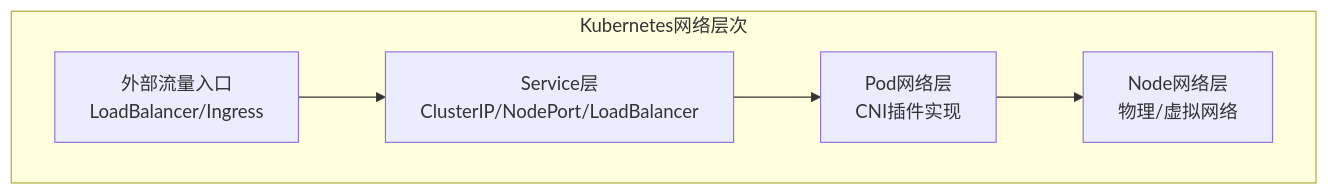
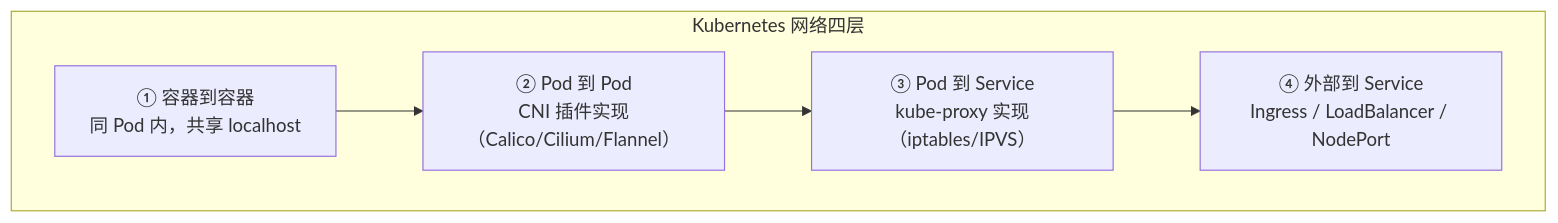
Before and after one commit to jpixy/jpixy.github.io: the first of 2 diagrams in content/articles/cloud-native/k8s-03-服务发现与网络.md, drawn with Mermaid. The commit also changed other lines of this file and 10 other files, not shown here.

````diff
--- a/content/articles/cloud-native/k8s-03-服务发现与网络.md
+++ b/content/articles/cloud-native/k8s-03-服务发现与网络.md
@@ -26,11 +30,11 @@
 ```mermaid
 graph TB
-    subgraph Kubernetes网络层次
-        External[外部流量入口<br/>LoadBalancer/Ingress]
-        Service[Service层<br/>ClusterIP/NodePort/LoadBalancer]
-        Pod[Pod网络层<br/>CNI插件实现]
-        Node[Node网络层<br/>物理/虚拟网络]
-        
-        External --> Service --> Pod --> Node
+    subgraph "Kubernetes 网络四层"
+        L1["① 容器到容器<br>同 Pod 内，共享 localhost"]
+        L2["② Pod 到 Pod<br>CNI 插件实现（Calico/Cilium/Flannel）"]
+        L3["③ Pod 到 Service<br>kube-proxy 实现（iptables/IPVS）"]
+        L4["④ 外部到 Service<br>Ingress / LoadBalancer / NodePort"]
     end
+    
+    L1 --> L2 --> L3 --> L4
 ```
````
